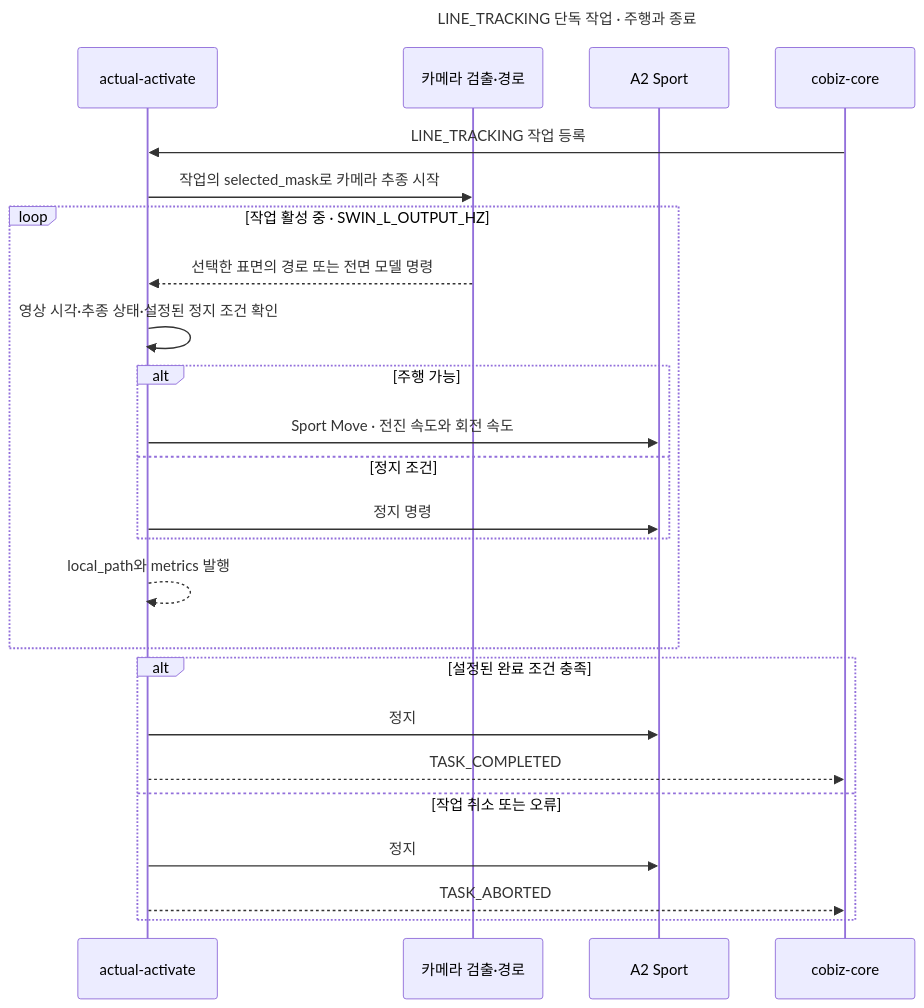
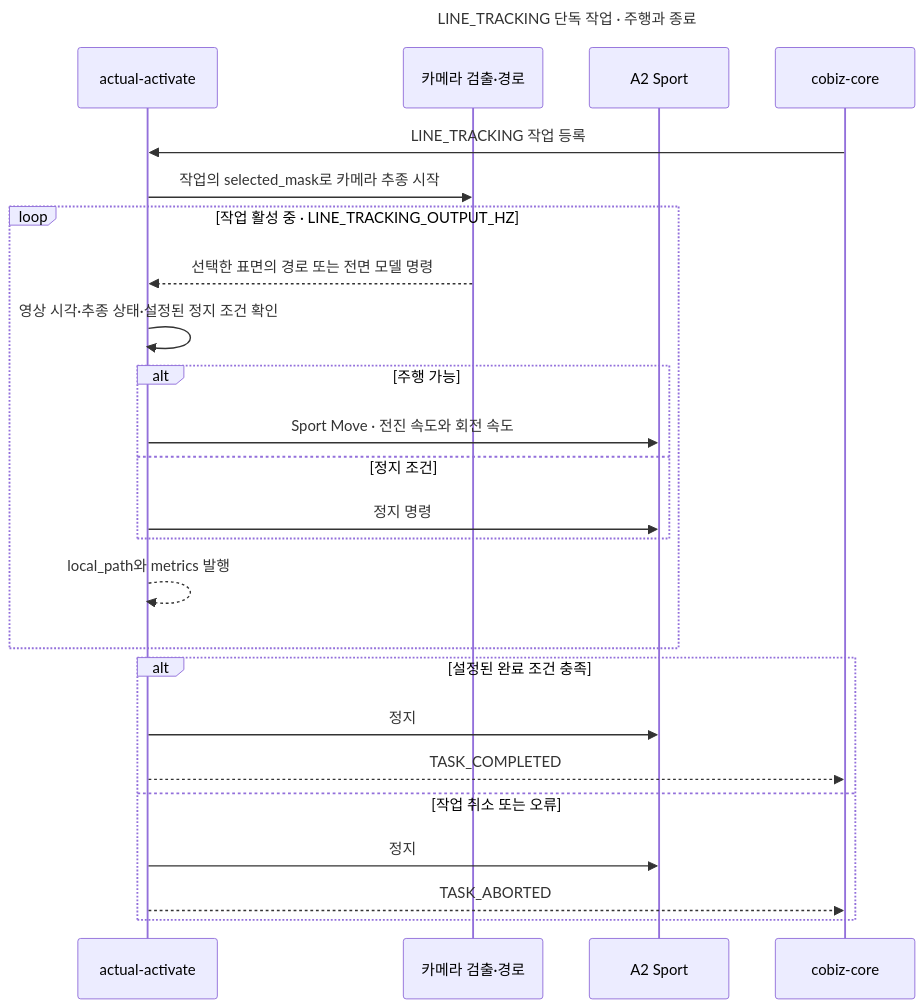
One commit to teamgrit-lab/cobiz-plugin-line-tracking changed the diagram in docs/diagrams/line-tracking-drive-lifecycle.mmd. Above: the diagram before and after it, drawn with Mermaid. The commit also changed 84 other files, not shown here.

```diff
--- a/docs/diagrams/line-tracking-drive-lifecycle.mmd
+++ b/docs/diagrams/line-tracking-drive-lifecycle.mmd
@@ -1,26 +1,26 @@
 sequenceDiagram
     title LINE_TRACKING 단독 작업 · 주행과 종료
     participant N as actual-activate
     participant P as 카메라 검출·경로
     participant A as A2 Sport
     participant C as cobiz-core
 
     C->>N: LINE_TRACKING 작업 등록
     N->>P: 작업의 selected_mask로 카메라 추종 시작
-    loop 작업 활성 중 · SWIN_L_OUTPUT_HZ
+    loop 작업 활성 중 · LINE_TRACKING_OUTPUT_HZ
         P-->>N: 선택한 표면의 경로 또는 전면 모델 명령
         N->>N: 영상 시각·추종 상태·설정된 정지 조건 확인
         alt 주행 가능
             N->>A: Sport Move · 전진 속도와 회전 속도
         else 정지 조건
             N->>A: 정지 명령
         end
         N-->>N: local_path와 metrics 발행
     end
     alt 설정된 완료 조건 충족
         N->>A: 정지
         N-->>C: TASK_COMPLETED
     else 작업 취소 또는 오류
         N->>A: 정지
         N-->>C: TASK_ABORTED
     end
```
